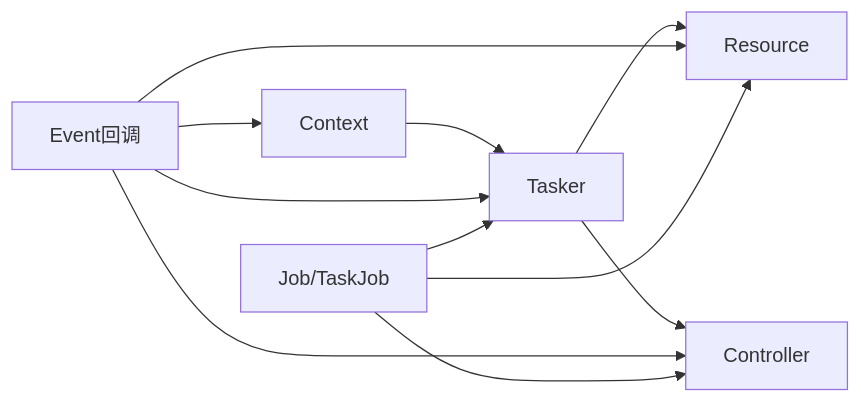
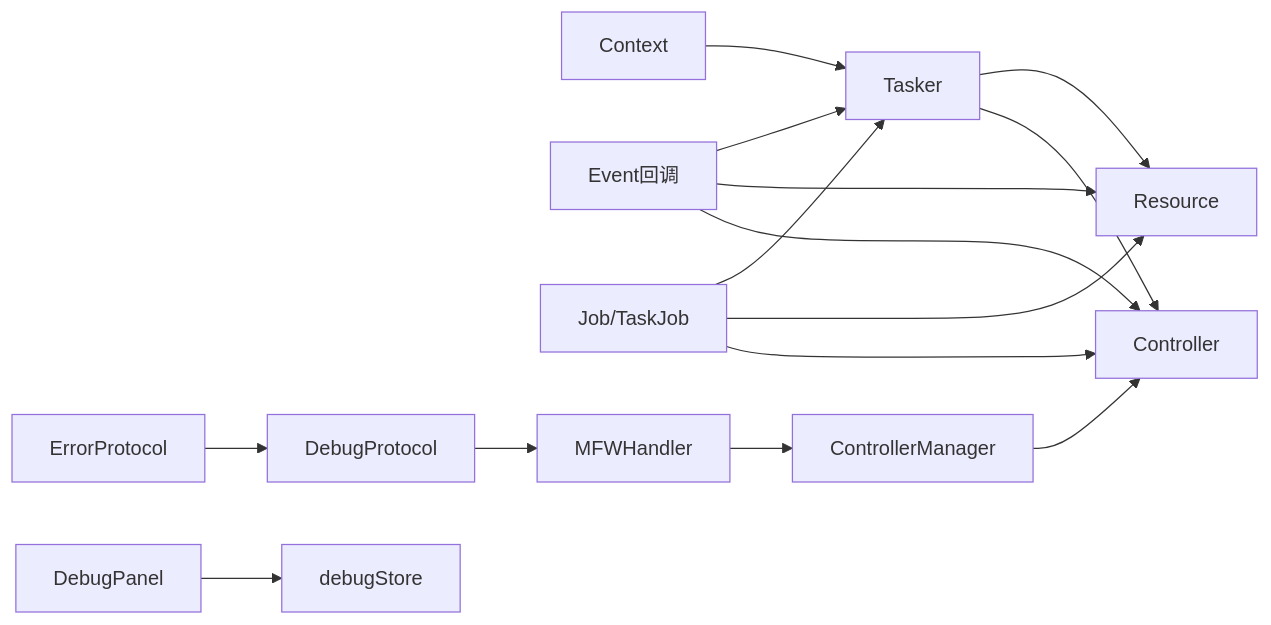
Before and after one commit to kqcoxn/MaaPipelineEditor: the tenth of 10 diagrams in .qoder/repowiki/zh/content/API 参考/maafw-golang API 参考.md, drawn with Mermaid. The commit also changed other lines of this file and 10 other files, not shown here.

````diff
--- a/.qoder/repowiki/zh/content/API 参考/maafw-golang API 参考.md
+++ b/.qoder/repowiki/zh/content/API 参考/maafw-golang API 参考.md
@@ -421,13 +539,17 @@
 ```mermaid
 graph LR
 Tasker["Tasker"] --> Resource["Resource"]
 Tasker --> Controller["Controller"]
 Context["Context"] --> Tasker
 Event["Event回调"] --> Tasker
 Event --> Resource
 Event --> Controller
-Event --> Context
 Job["Job/TaskJob"] --> Tasker
 Job --> Resource
 Job --> Controller
+ControllerManager["ControllerManager"] --> Controller
+MFWHandler["MFWHandler"] --> ControllerManager
+DebugProtocol["DebugProtocol"] --> MFWHandler
+ErrorProtocol["ErrorProtocol"] --> DebugProtocol
+DebugPanel["DebugPanel"] --> DebugStore["debugStore"]
 ```
````
